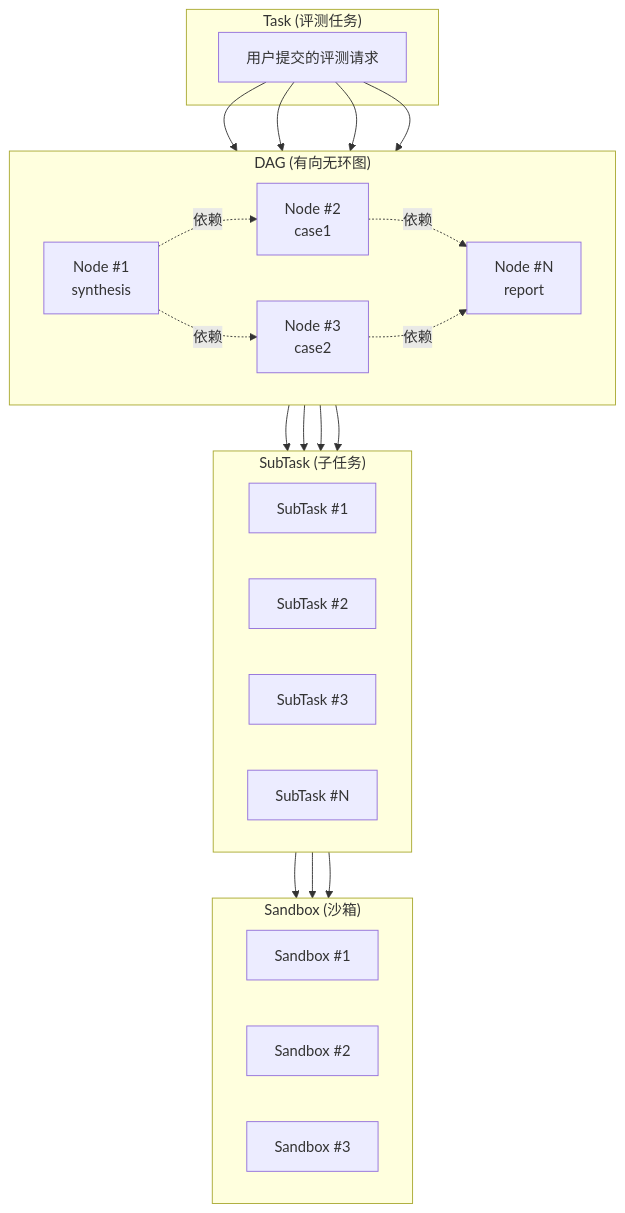
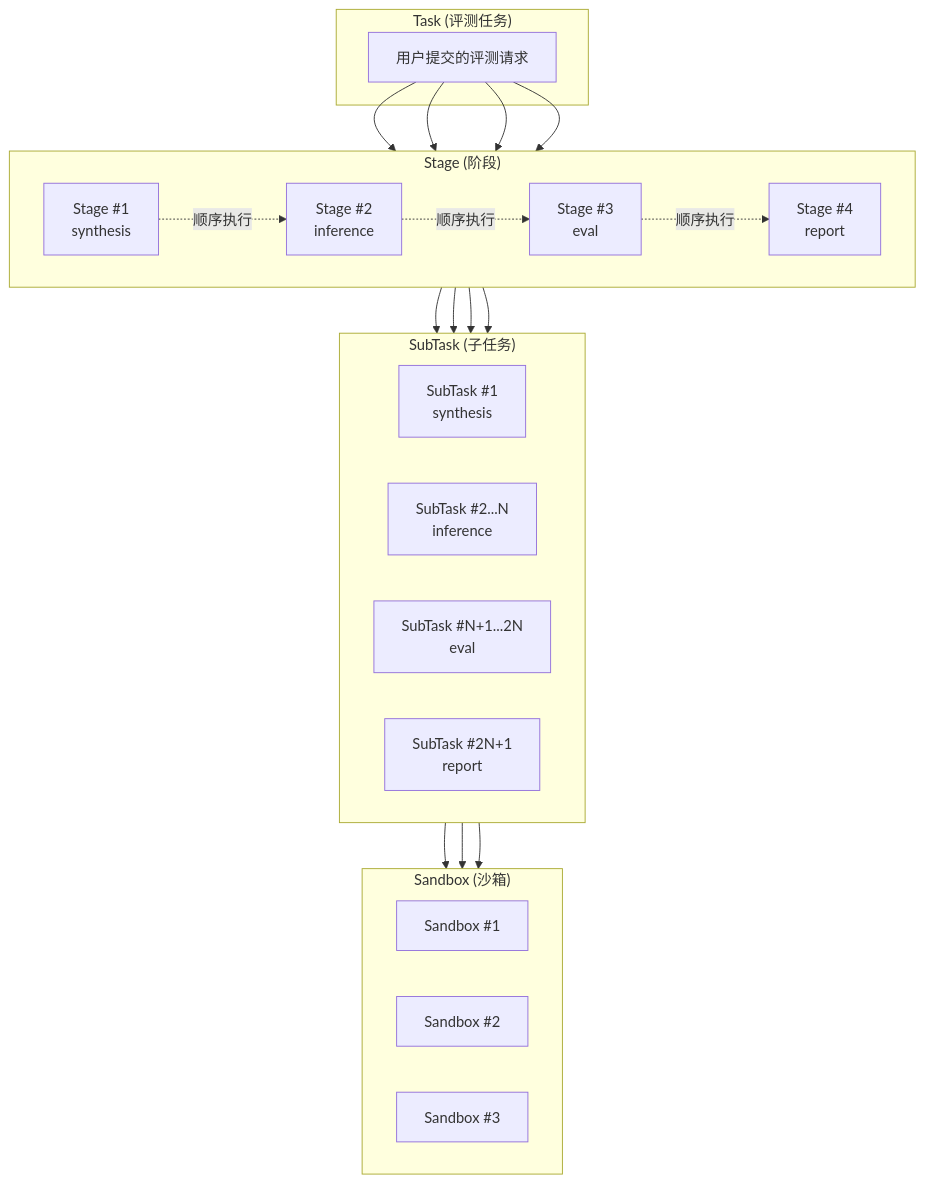
Before and after one commit to njuxumq/agent-eval-server: the third of 5 diagrams in docs/designs/架构设计文档.md, drawn with Mermaid. The commit also changed other lines of this file and 15 other files, not shown here.

````diff
--- a/docs/designs/架构设计文档.md
+++ b/docs/designs/架构设计文档.md
@@ -218,48 +223,47 @@
 ```mermaid
 flowchart TB
     subgraph L1["Task (评测任务)"]
         T["用户提交的评测请求"]
     end
 
-    subgraph L2["DAG (有向无环图)"]
+    subgraph L2["Stage (阶段)"]
         direction LR
-        D1["Node #1<br/>synthesis"]
-        D2["Node #2<br/>case1"]
-        D3["Node #3<br/>case2"]
-        D4["Node #N<br/>report"]
+        ST1["Stage #1<br/>synthesis"]
+        ST2["Stage #2<br/>inference"]
+        ST3["Stage #3<br/>eval"]
+        ST4["Stage #4<br/>report"]
     end
 
     subgraph L3["SubTask (子任务)"]
         direction LR
-        S1["SubTask #1"]
-        S2["SubTask #2"]
-        S3["SubTask #3"]
-        S4["SubTask #N"]
+        S1["SubTask #1<br/>synthesis"]
+        S2["SubTask #2...N<br/>inference"]
+        S3["SubTask #N+1...2N<br/>eval"]
+        S4["SubTask #2N+1<br/>report"]
     end
 
     subgraph L4["Sandbox (沙箱)"]
         direction LR
         B1["Sandbox #1"]
         B2["Sandbox #2"]
         B3["Sandbox #3"]
     end
 
-    T --> D1
-    T --> D2
-    T --> D3
-    T --> D4
+    T --> ST1
+    T --> ST2
+    T --> ST3
+    T --> ST4
 
-    D1 --> S1
-    D2 --> S2
-    D2 --> S3
-    D4 --> S4
+    ST1 --> S1
+    ST2 --> S2
+    ST3 --> S3
+    ST4 --> S4
 
     S1 --> B1
     S2 --> B2
     S3 --> B3
 
-    D1 -.->|"依赖"| D2
-    D1 -.->|"依赖"| D3
-    D2 -.->|"依赖"| D4
-    D3 -.->|"依赖"| D4
+    ST1 -.->|"顺序执行"| ST2
+    ST2 -.->|"顺序执行"| ST3
+    ST3 -.->|"顺序执行"| ST4
 ```
````
